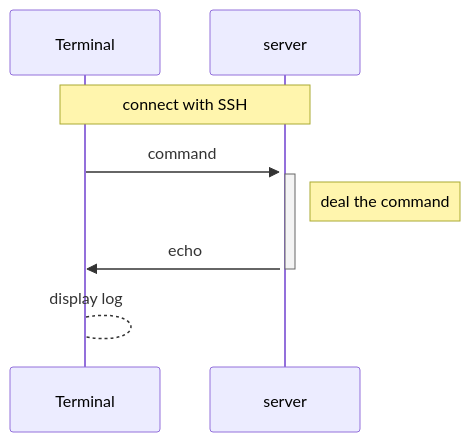
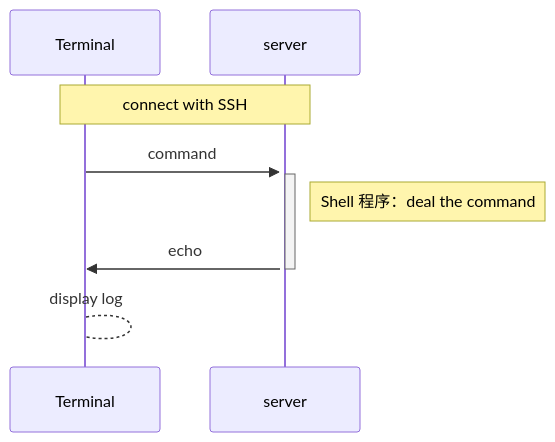
The first of 5 diagrams in 04.Git/0.base/04.the-remote-and-ssh.md (heartacker/MyNotes), drawn with Mermaid before and after one commit. The commit also changed other lines of this file and 1 other file, not shown here.

````diff
--- a/04.Git/0.base/04.the-remote-and-ssh.md
+++ b/04.Git/0.base/04.the-remote-and-ssh.md
@@ -102,13 +108,13 @@
 ```mermaid
 sequenceDiagram
 Note over Terminal,server: connect with SSH
 Terminal->>+server:command
 activate server
-Note right of server: deal the command
+Note right of server: Shell 程序：deal the command
 % par execute
 % server-->server: deal the command
 % end
 server->>-Terminal: echo
 
 Terminal-->Terminal:display log
 ```
````
